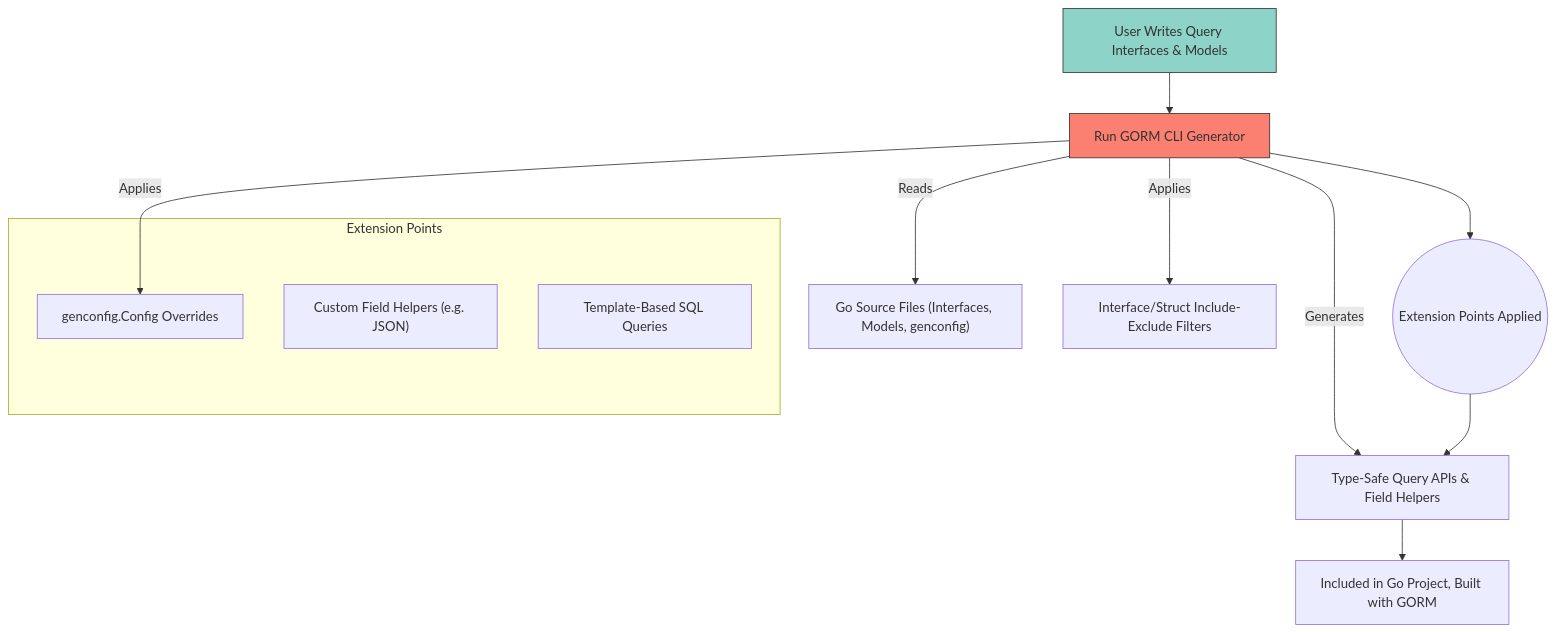
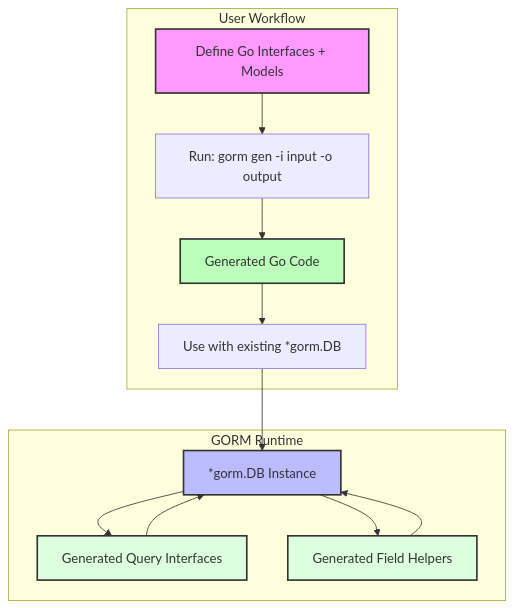
Before and after one commit to clidey/docucod-public-project-3a0e48a9-6b86-4d21-a930-072fe9723c66: the diagram in overview/architecture-concepts/integration-overview.mdx, drawn with Mermaid. The commit also changed other lines of this file and 20 other files, not shown here.

````diff
--- a/overview/architecture-concepts/integration-overview.mdx
+++ b/overview/architecture-concepts/integration-overview.mdx
@@ -176,24 +109,23 @@
 ```mermaid
 flowchart TD
-  User["User Writes Query Interfaces & Models"] --> CLI["Run GORM CLI Generator"]
-  CLI -->|Reads| Source["Go Source Files (Interfaces, Models, genconfig)"]
-  CLI -->|Applies| Config["genconfig.Config Overrides"]
-  CLI -->|Applies| Filters["Interface/Struct Include-Exclude Filters"]
-  CLI -->|Generates| Generated["Type-Safe Query APIs & Field Helpers"]
-  Generated --> Project["Included in Go Project, Built with GORM"]
 
-  subgraph Extension Points
-    Config
-    CustomFieldHelpers["Custom Field Helpers (e.g. JSON)"]
-    TemplateQueries["Template-Based SQL Queries"]
+  subgraph "User Workflow"
+    UI["Define Go Interfaces + Models"] --> CLI["Run: gorm gen -i input -o output"] --> GenCode["Generated Go Code"]
+    GenCode --> Use["Use with existing *gorm.DB"]
   end
 
-  CLI --> ExtensionPoints(("Extension Points Applied"))
-  ExtensionPoints --> Generated
+  subgraph "GORM Runtime"
+    DB["*gorm.DB Instance"] --> Query["Generated Query Interfaces"]
+    DB --> FieldHelpers["Generated Field Helpers"]
+    Query --> DB
+    FieldHelpers --> DB
+  end
 
-  %% Styling
-  classDef user fill:#8dd3c7,stroke:#333,stroke-width:1px;
-  class User user;
-  classDef cli fill:#fb8072,stroke:#333,stroke-width:1px;
-  class CLI cli;
+  Use --> DB
+
+  style UI fill:#f9f,stroke:#333,stroke-width:2px
+  style GenCode fill:#bfb,stroke:#333,stroke-width:2px
+  style DB fill:#bbf,stroke:#333,stroke-width:2px
+  style Query fill:#dfd,stroke:#333,stroke-width:2px
+  style FieldHelpers fill:#dfd,stroke:#333,stroke-width:2px
 ```
````
